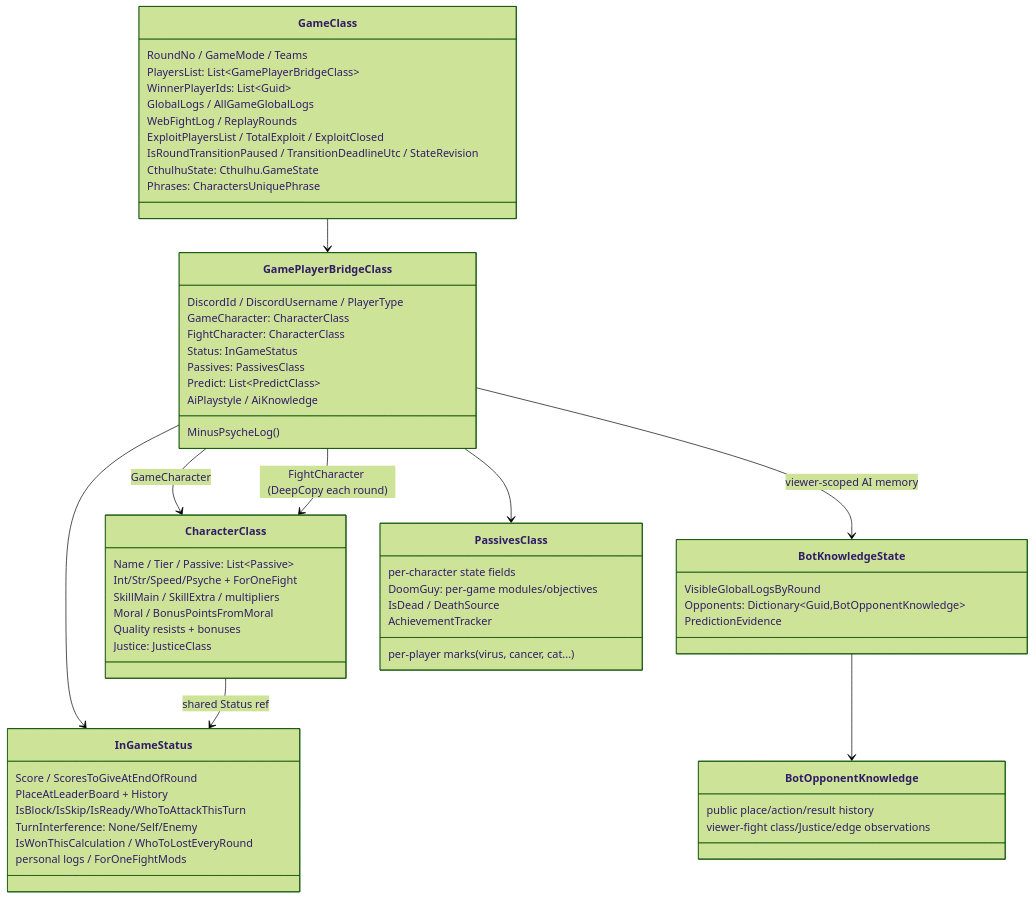
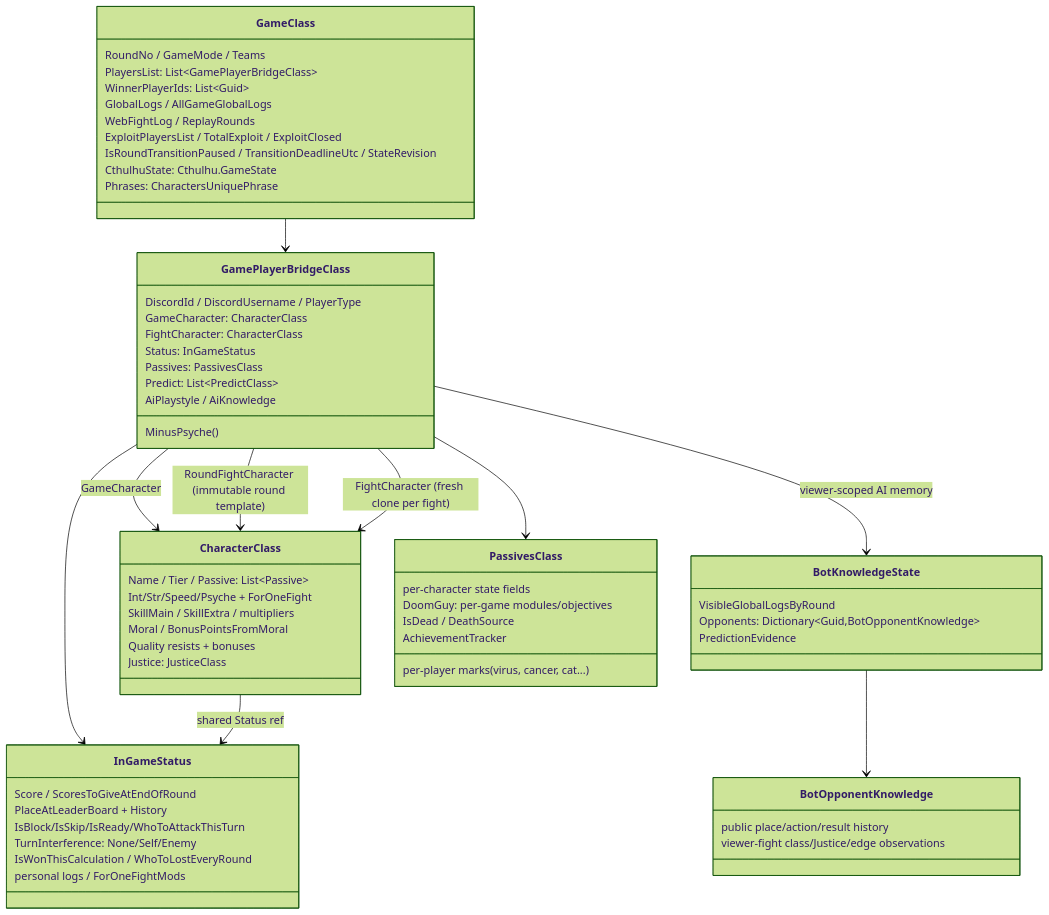
Before and after one commit to akulihin/King-of-the-Garbage-Hill: the second of 2 diagrams in docs/ARCHITECTURE.md, drawn with Mermaid (forest theme). The commit also changed other lines of this file and 72 other files, not shown here.

````diff
--- a/docs/ARCHITECTURE.md
+++ b/docs/ARCHITECTURE.md
@@ -31,64 +31,65 @@
 ```mermaid
 classDiagram
     class GameClass {
         RoundNo / GameMode / Teams
         PlayersList: List~GamePlayerBridgeClass~
         WinnerPlayerIds: List~Guid~
         GlobalLogs / AllGameGlobalLogs
         WebFightLog / ReplayRounds
         ExploitPlayersList / TotalExploit / ExploitClosed
         IsRoundTransitionPaused / TransitionDeadlineUtc / StateRevision
         CthulhuState: Cthulhu.GameState
         Phrases: CharactersUniquePhrase
     }
     class GamePlayerBridgeClass {
         DiscordId / DiscordUsername / PlayerType
         GameCharacter: CharacterClass
         FightCharacter: CharacterClass
         Status: InGameStatus
         Passives: PassivesClass
         Predict: List~PredictClass~
         AiPlaystyle / AiKnowledge
-        MinusPsycheLog()
+        MinusPsyche()
     }
     class BotKnowledgeState {
         VisibleGlobalLogsByRound
         Opponents: Dictionary~Guid,BotOpponentKnowledge~
         PredictionEvidence
     }
     class BotOpponentKnowledge {
         public place/action/result history
         viewer-fight class/Justice/edge observations
     }
     class CharacterClass {
         Name / Tier / Passive: List~Passive~
         Int/Str/Speed/Psyche + ForOneFight
         SkillMain / SkillExtra / multipliers
         Moral / BonusPointsFromMoral
         Quality resists + bonuses
         Justice: JusticeClass
     }
     class InGameStatus {
         Score / ScoresToGiveAtEndOfRound
         PlaceAtLeaderBoard + History
         IsBlock/IsSkip/IsReady/WhoToAttackThisTurn
         TurnInterference: None/Self/Enemy
         IsWonThisCalculation / WhoToLostEveryRound
         personal logs / ForOneFightMods
     }
     class PassivesClass {
         per-character state fields
         DoomGuy: per-game modules/objectives
         per-player marks (virus, cancer, cat...)
         IsDead / DeathSource
         AchievementTracker
     }
     GameClass --> GamePlayerBridgeClass
     GamePlayerBridgeClass --> CharacterClass : GameCharacter
-    GamePlayerBridgeClass --> CharacterClass : FightCharacter (DeepCopy each round)
+    GamePlayerBridgeClass --> CharacterClass : RoundFightCharacter (immutable round template)
+    GamePlayerBridgeClass --> CharacterClass : FightCharacter (fresh clone per fight)
     GamePlayerBridgeClass --> InGameStatus
     GamePlayerBridgeClass --> PassivesClass
     GamePlayerBridgeClass --> BotKnowledgeState : viewer-scoped AI memory
     BotKnowledgeState --> BotOpponentKnowledge
     CharacterClass --> InGameStatus : shared Status ref
 ```
````
